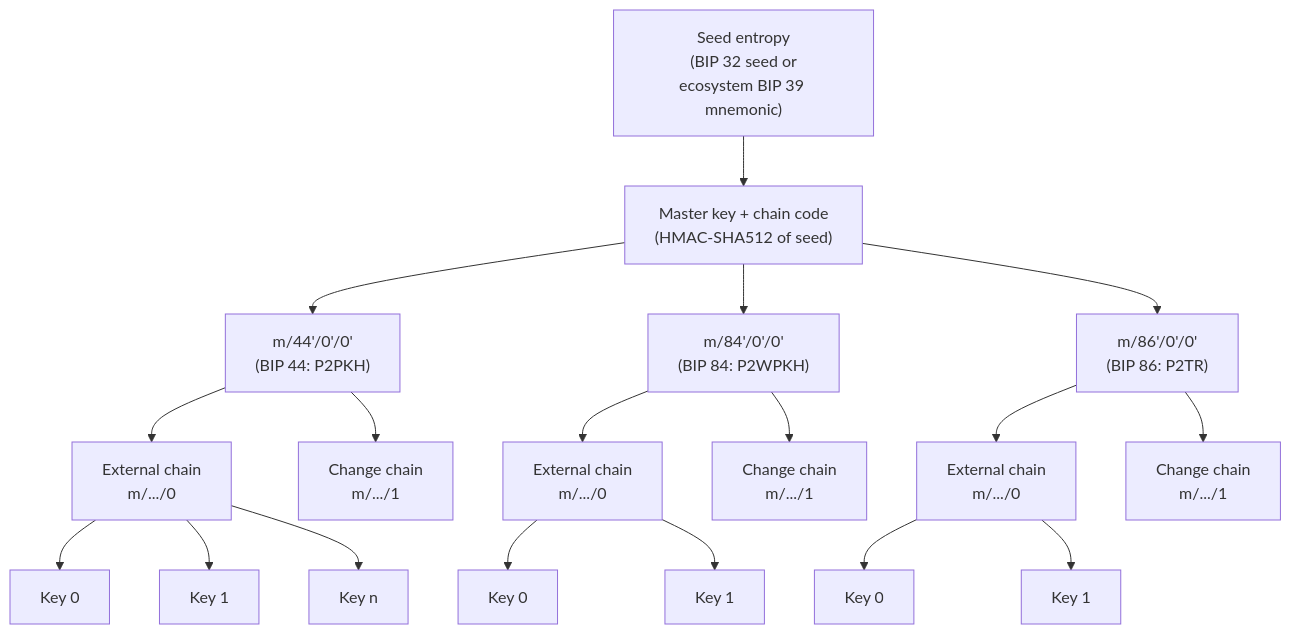
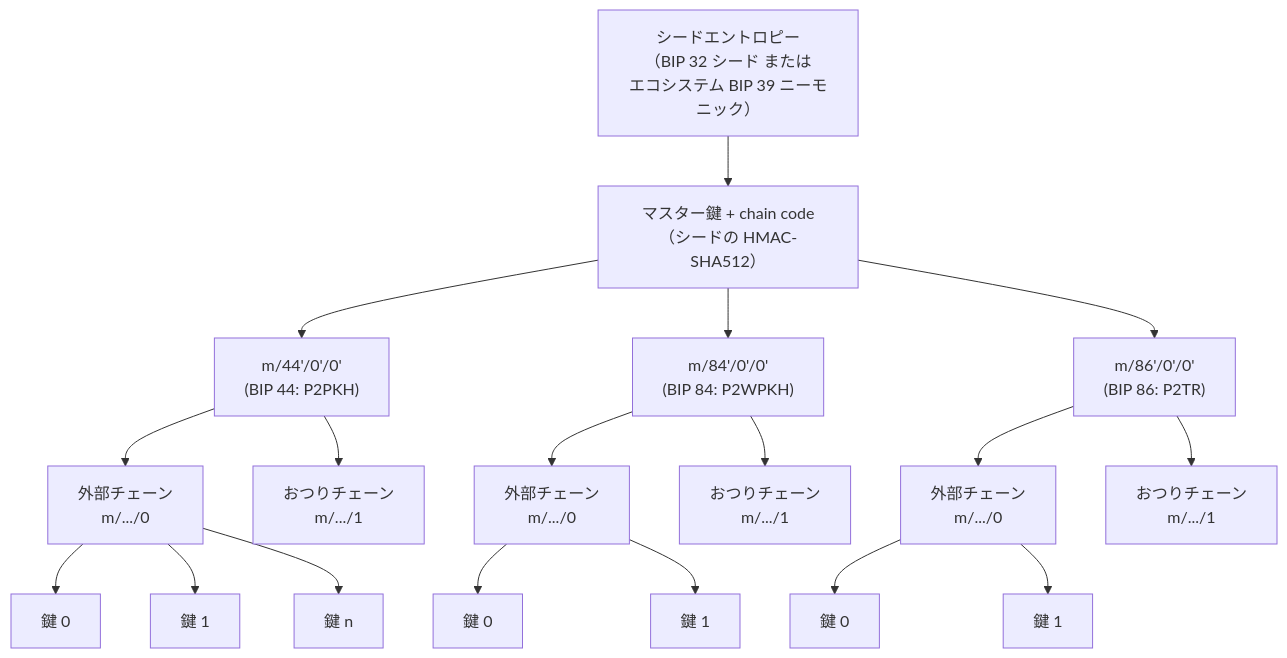
Before and after one commit to cypher256/BitcoinArchive: the fifth of 5 diagrams in src/data/translations/ja/design/2009-01-03-bitcoin-cryptography-design.md, drawn with Mermaid. The commit also changed other lines of this file and 11 other files, not shown here.

````diff
--- a/src/data/translations/ja/design/2009-01-03-bitcoin-cryptography-design.md
+++ b/src/data/translations/ja/design/2009-01-03-bitcoin-cryptography-design.md
@@ -197,27 +197,27 @@
 ```mermaid
 flowchart TB
-    SEED["Seed entropy\n(BIP 32 seed or\necosystem BIP 39 mnemonic)"] --> MASTER["Master key + chain code\n(HMAC-SHA512 of seed)"]
+    SEED["シードエントロピー\n（BIP 32 シード または\nエコシステム BIP 39 ニーモニック）"] --> MASTER["マスター鍵 + chain code\n（シードの HMAC-SHA512）"]
 
     MASTER --> M44["m/44'/0'/0'\n(BIP 44: P2PKH)"]
     MASTER --> M84["m/84'/0'/0'\n(BIP 84: P2WPKH)"]
     MASTER --> M86["m/86'/0'/0'\n(BIP 86: P2TR)"]
 
-    M44 --> EXT44["External chain\nm/.../0"]
-    M44 --> INT44["Change chain\nm/.../1"]
+    M44 --> EXT44["外部チェーン\nm/.../0"]
+    M44 --> INT44["おつりチェーン\nm/.../1"]
 
-    EXT44 --> K0_44["Key 0"]
-    EXT44 --> K1_44["Key 1"]
-    EXT44 --> KN_44["Key n"]
+    EXT44 --> K0_44["鍵 0"]
+    EXT44 --> K1_44["鍵 1"]
+    EXT44 --> KN_44["鍵 n"]
 
-    M84 --> EXT84["External chain\nm/.../0"]
-    M84 --> INT84["Change chain\nm/.../1"]
+    M84 --> EXT84["外部チェーン\nm/.../0"]
+    M84 --> INT84["おつりチェーン\nm/.../1"]
 
-    EXT84 --> K0_84["Key 0"]
-    EXT84 --> K1_84["Key 1"]
+    EXT84 --> K0_84["鍵 0"]
+    EXT84 --> K1_84["鍵 1"]
 
-    M86 --> EXT86["External chain\nm/.../0"]
-    M86 --> INT86["Change chain\nm/.../1"]
+    M86 --> EXT86["外部チェーン\nm/.../0"]
+    M86 --> INT86["おつりチェーン\nm/.../1"]
 
-    EXT86 --> K0_86["Key 0"]
-    EXT86 --> K1_86["Key 1"]
+    EXT86 --> K0_86["鍵 0"]
+    EXT86 --> K1_86["鍵 1"]
 ```
````
